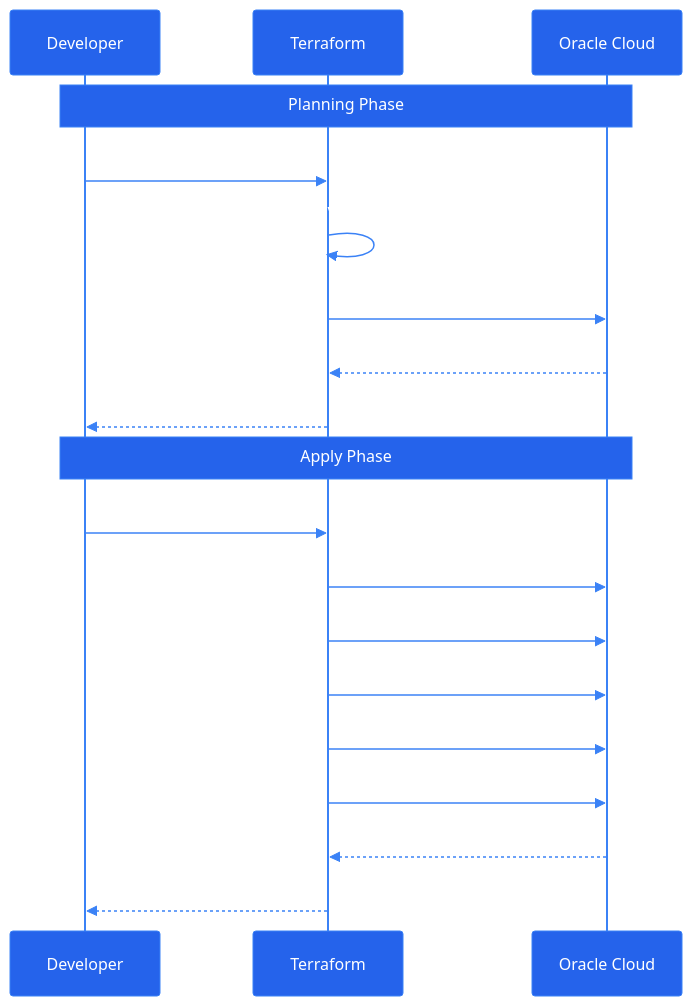
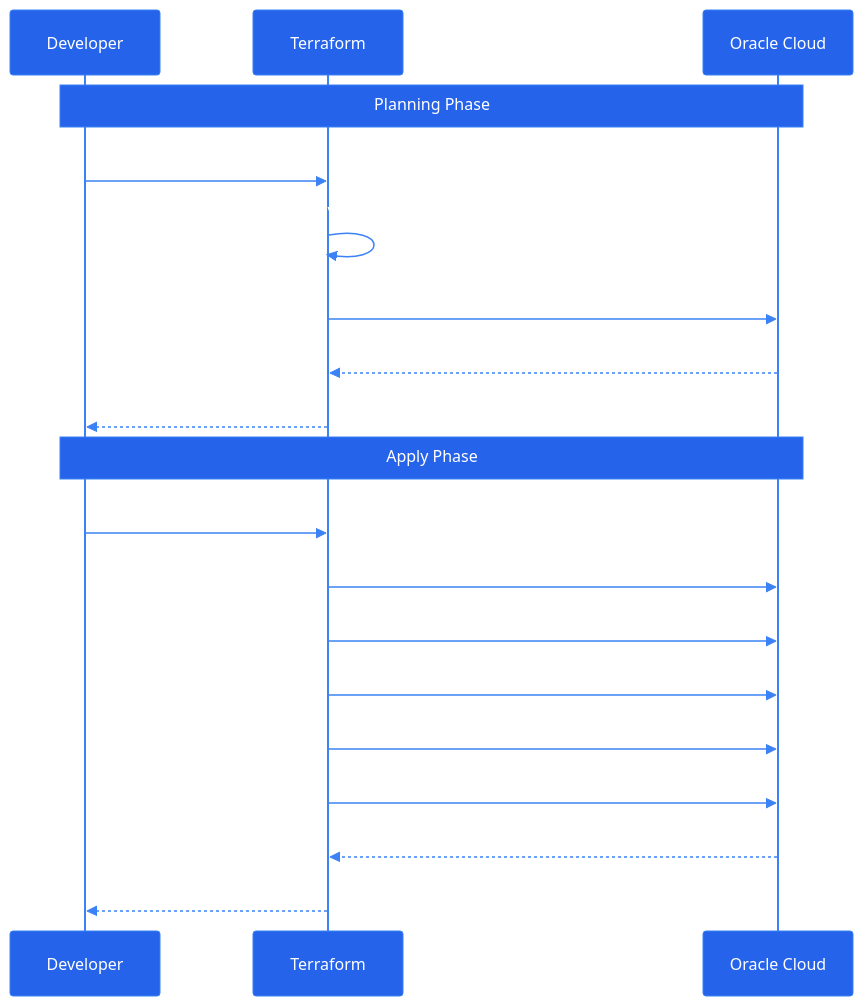
Before and after one commit to syscode-labs/oci-free-tier-manager: diagram 11 of 13 in docs/ARCHITECTURE-DIAGRAMS.md, drawn with Mermaid. The commit also changed other lines of this file and 25 other files, not shown here.

````diff
--- a/docs/ARCHITECTURE-DIAGRAMS.md
+++ b/docs/ARCHITECTURE-DIAGRAMS.md
@@ -430,36 +430,36 @@
 ```mermaid
 %%{init: {'theme':'base', 'themeVariables': {
   'actorBkg':'#2563eb',
   'actorBorder':'#3b82f6',
   'actorTextColor':'#fff',
   'signalColor':'#3b82f6',
   'signalTextColor':'#fff',
   'labelBoxBkgColor':'#2563eb',
   'labelBoxBorderColor':'#3b82f6',
   'labelTextColor':'#fff',
   'noteBkgColor':'#2563eb',
   'noteTextColor':'#fff',
   'noteBorderColor':'#3b82f6'
 }}}%%
 sequenceDiagram
     participant Dev as Developer
     participant TF as Terraform
     participant OCI as Oracle Cloud
-    
+
     Note over Dev,OCI: Planning Phase
     Dev->>TF: tofu plan
     TF->>TF: Validate variables
     TF->>OCI: Query existing resources
     OCI-->>TF: Current state
     TF-->>Dev: Show planned changes
-    
+
     Note over Dev,OCI: Apply Phase
     Dev->>TF: tofu apply
     TF->>OCI: Create VCN
     TF->>OCI: Create subnet
     TF->>OCI: Create 3x Ampere instances
-    TF->>OCI: Create 1x Micro bastion
+    TF->>OCI: Create Micro bastion only when micro_nodes is set
     TF->>OCI: Attach reserved IPs
     OCI-->>TF: Instance IPs
     TF-->>Dev: Outputs (IPs, IDs)
 ```
````
